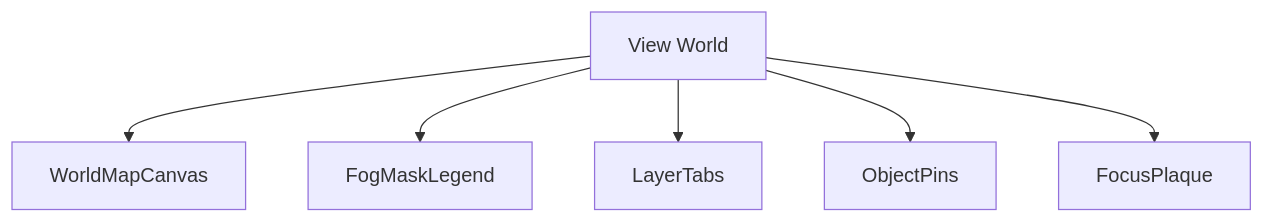
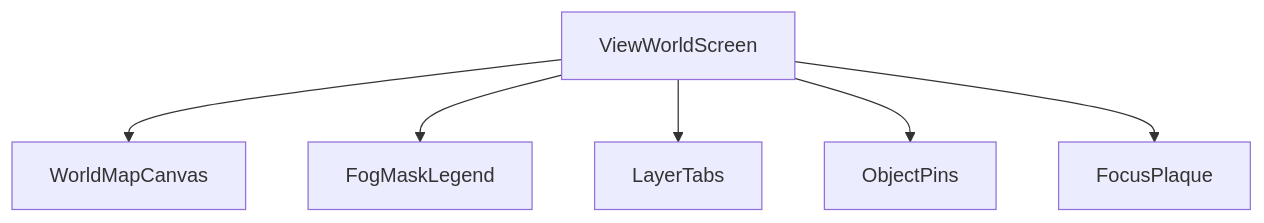
Before and after one commit to SunaNoOshiro/Heroes_Reforged_AI_Realms: the first of 5 diagrams in docs/architecture/wiki/screens/16-view-world/architecture.md, drawn with Mermaid. The commit also changed other lines of this file and 518 other files, not shown here.

First line of the commit message:
Add doc-audit skill and sweep architecture/screen docs

````diff
--- a/docs/architecture/wiki/screens/16-view-world/architecture.md
+++ b/docs/architecture/wiki/screens/16-view-world/architecture.md
@@ -16,14 +34,9 @@
 ```mermaid
 flowchart TD
-  Root["View World"]
-  C0["WorldMapCanvas"]
-  Root --> C0
-  C1["FogMaskLegend"]
-  Root --> C1
-  C2["LayerTabs"]
-  Root --> C2
-  C3["ObjectPins"]
-  Root --> C3
-  C4["FocusPlaque"]
-  Root --> C4
+  Root["ViewWorldScreen"]
+  Root --> C0["WorldMapCanvas"]
+  Root --> C1["FogMaskLegend"]
+  Root --> C2["LayerTabs"]
+  Root --> C3["ObjectPins"]
+  Root --> C4["FocusPlaque"]
 ```
````
